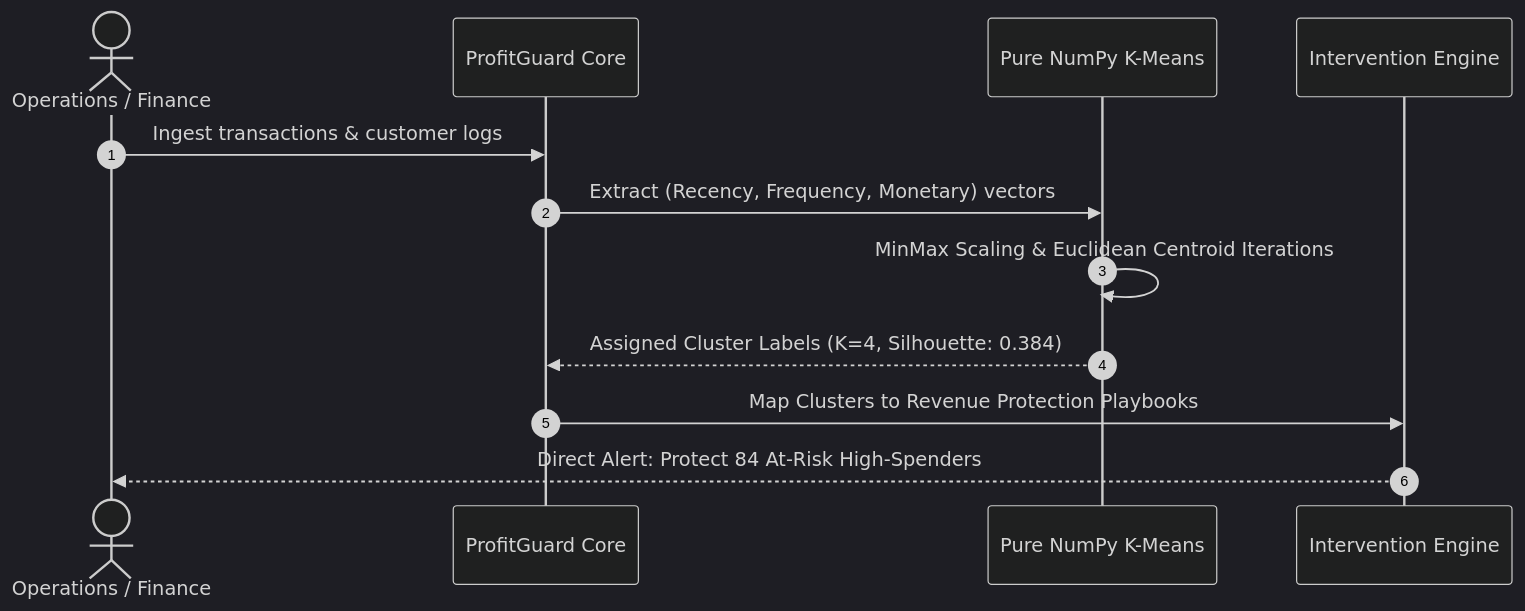
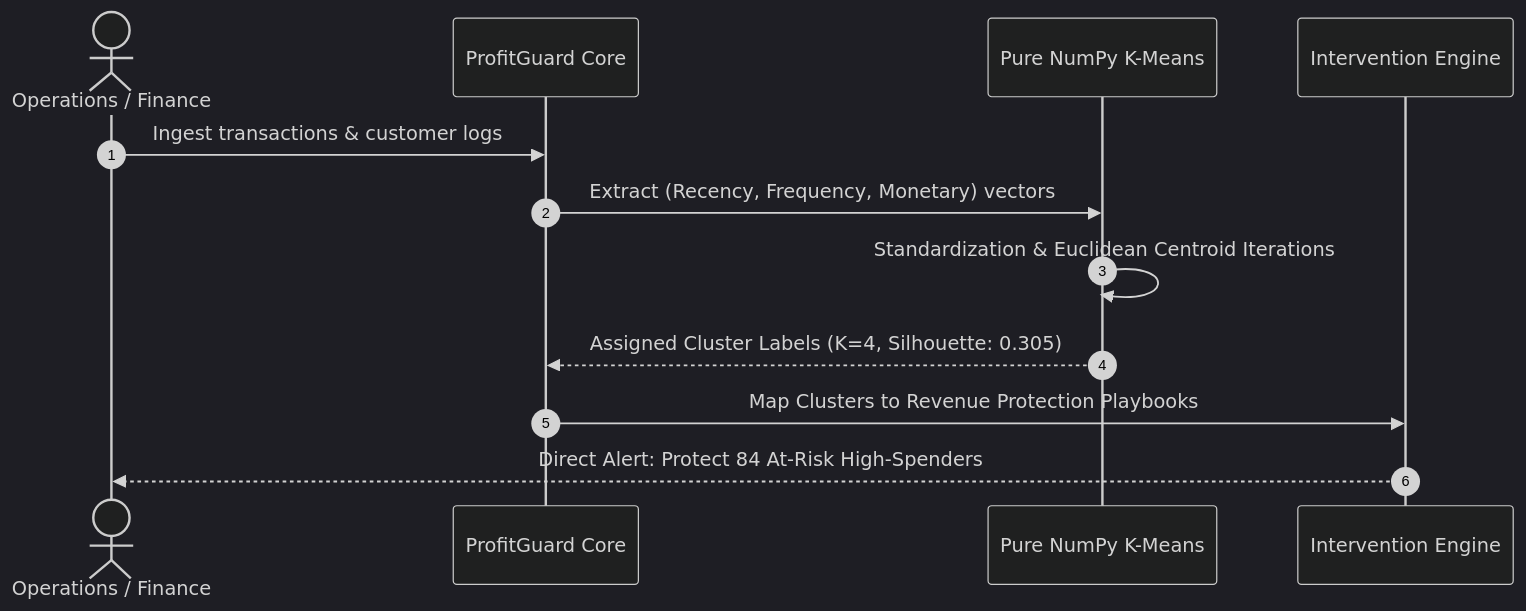
One commit to Saitejaswinikandimalla/profitguard-ai changed the third of 3 diagrams in README.md. Above: the diagram before and after it, drawn with Mermaid (dark theme). The commit also changed other lines of this file and 3 other files, not shown here.

````diff
--- a/README.md
+++ b/README.md
@@ -140,15 +140,15 @@
 ```mermaid
 sequenceDiagram
     autonumber
     actor Ops as Operations / Finance
     participant App as ProfitGuard Core
     participant ML as Pure NumPy K-Means
     participant Action as Intervention Engine
 
     Ops->>App: Ingest transactions & customer logs
     App->>ML: Extract (Recency, Frequency, Monetary) vectors
-    ML->>ML: MinMax Scaling & Euclidean Centroid Iterations
-    ML-->>App: Assigned Cluster Labels (K=4, Silhouette: 0.384)
+    ML->>ML: Standardization & Euclidean Centroid Iterations
+    ML-->>App: Assigned Cluster Labels (K=4, Silhouette: 0.305)
     App->>Action: Map Clusters to Revenue Protection Playbooks
     Action-->>Ops: Direct Alert: Protect 84 At-Risk High-Spenders
 ```
````
